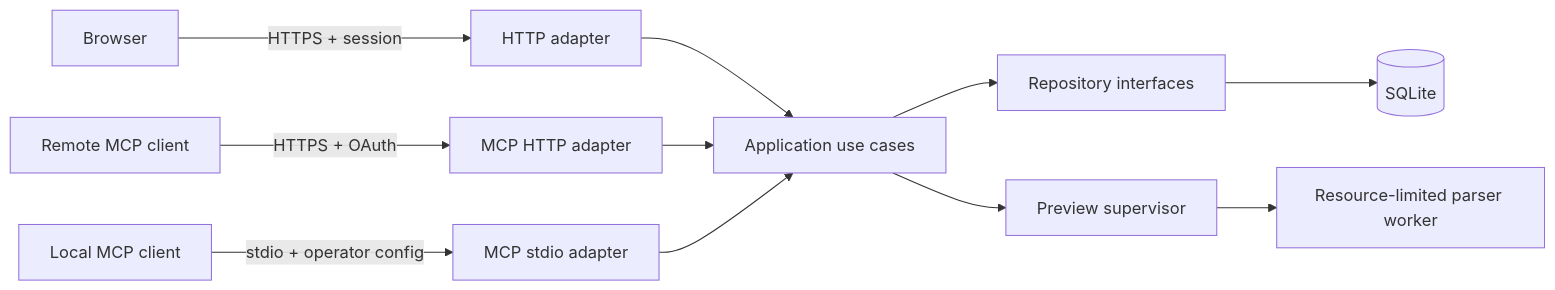
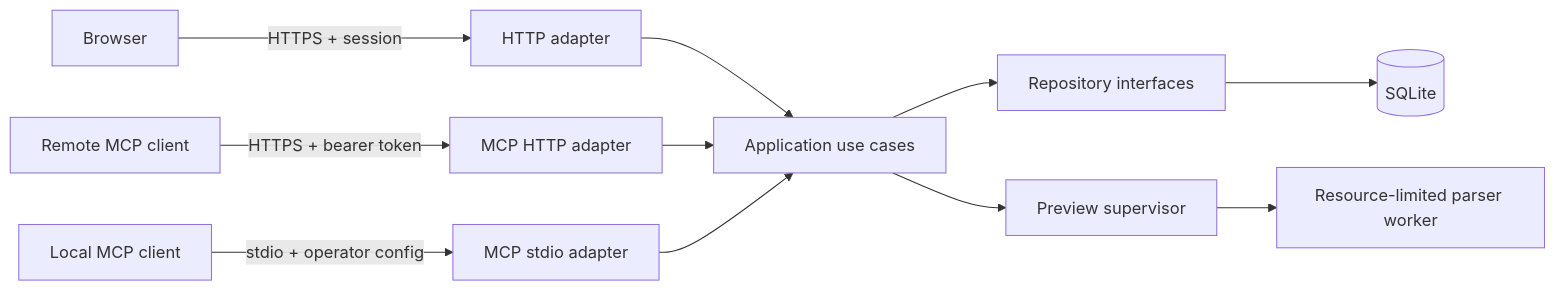
The diagram in docs/architecture.md (romprod/application-tracker), drawn with Mermaid before and after one commit. The commit also changed 39 other files, not shown here.

Commit message:
feat(mcp): add native client credentials

````diff
--- a/docs/architecture.md
+++ b/docs/architecture.md
@@ -23,13 +23,13 @@
 ```mermaid
 flowchart LR
   Browser["Browser"] -->|"HTTPS + session"| HTTP["HTTP adapter"]
-  RemoteMCP["Remote MCP client"] -->|"HTTPS + OAuth"| MCPHTTP["MCP HTTP adapter"]
+  RemoteMCP["Remote MCP client"] -->|"HTTPS + bearer token"| MCPHTTP["MCP HTTP adapter"]
   LocalMCP["Local MCP client"] -->|"stdio + operator config"| MCPStdio["MCP stdio adapter"]
   HTTP --> UseCases["Application use cases"]
   MCPHTTP --> UseCases
   MCPStdio --> UseCases
   UseCases --> Repositories["Repository interfaces"]
   Repositories --> SQLite[("SQLite")]
   UseCases --> PreviewQueue["Preview supervisor"]
   PreviewQueue --> Worker["Resource-limited parser worker"]
 ```
````
